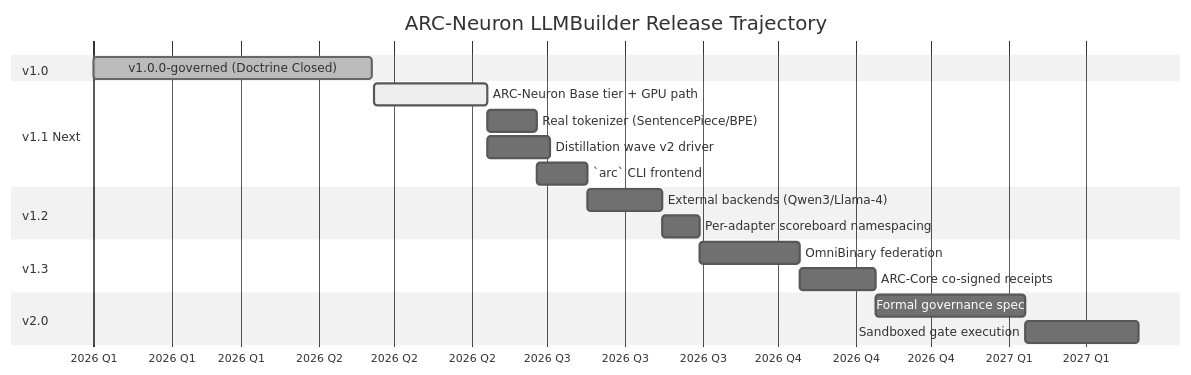
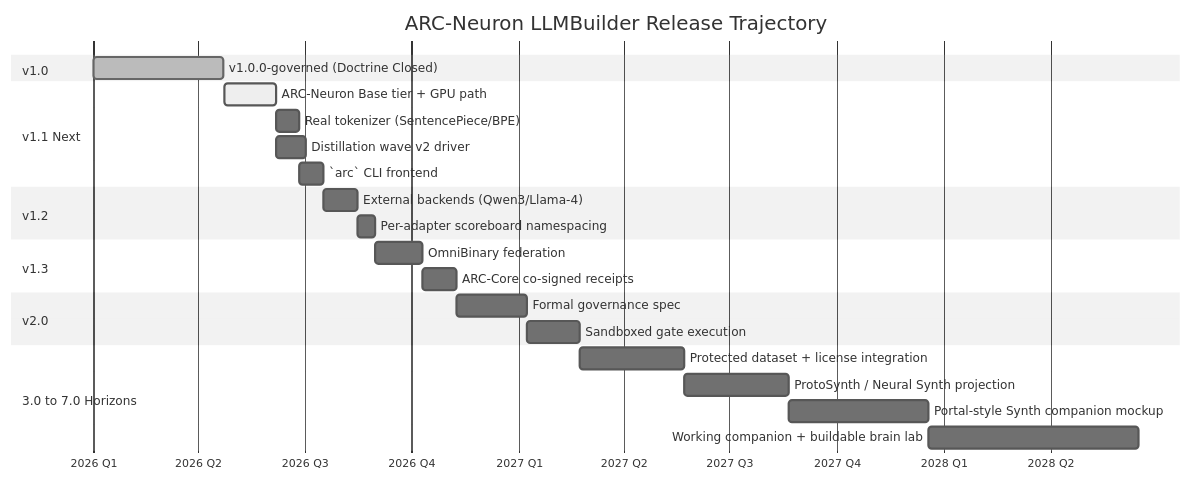
One commit to GareBear99/ARC-Neuron-LLMBuilder changed the fifth of 5 diagrams in README.md. Above: the diagram before and after it, drawn with Mermaid (neutral theme). The commit also changed other lines of this file and 4 other files, not shown here.

````diff
--- a/README.md
+++ b/README.md
@@ -505,27 +540,33 @@
 ```mermaid
 gantt
     title ARC-Neuron LLMBuilder Release Trajectory
     dateFormat YYYY-MM-DD
     axisFormat %Y Q%q
 
     section v1.0
     v1.0.0-governed (Doctrine Closed)      :done,    v10, 2026-01-01, 2026-04-22
 
     section v1.1 Next
     ARC-Neuron Base tier + GPU path        :active,  v11a, 2026-04-23, 45d
     Real tokenizer (SentencePiece/BPE)     :         v11b, after v11a, 20d
     Distillation wave v2 driver            :         v11c, after v11a, 25d
     `arc` CLI frontend                     :         v11d, after v11b, 20d
 
     section v1.2
     External backends (Qwen3/Llama-4)      :         v12a, after v11d, 30d
     Per-adapter scoreboard namespacing     :         v12b, after v12a, 15d
 
     section v1.3
     OmniBinary federation                  :         v13a, after v12b, 40d
     ARC-Core co-signed receipts            :         v13b, after v13a, 30d
 
     section v2.0
     Formal governance spec                 :         v20a, after v13b, 60d
     Sandboxed gate execution               :         v20b, after v20a, 45d
+
+    section 3.0 to 7.0 Horizons
+    Protected dataset + license integration :        v30, after v20b, 90d
+    ProtoSynth / Neural Synth projection    :        v40, after v30, 90d
+    Portal-style Synth companion mockup     :        v50, after v40, 120d
+    Working companion + buildable brain lab :        v70, after v50, 180d
 ```
````
